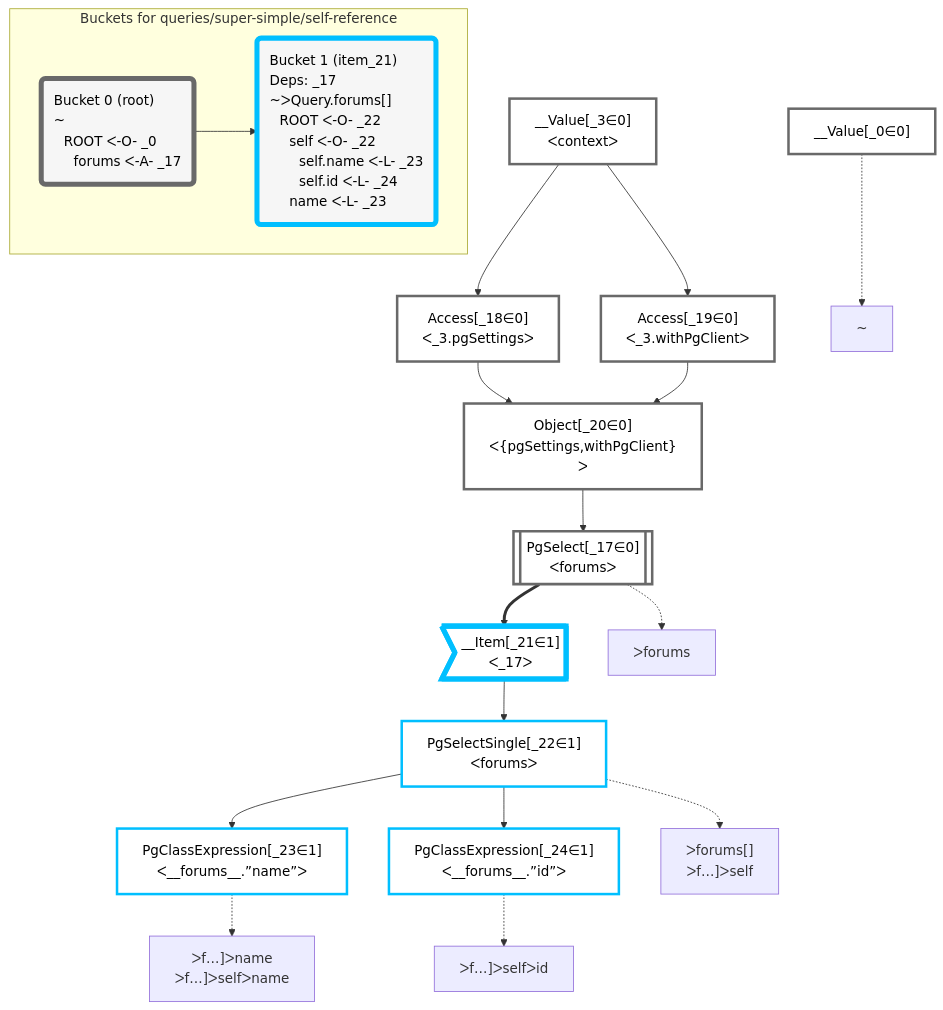
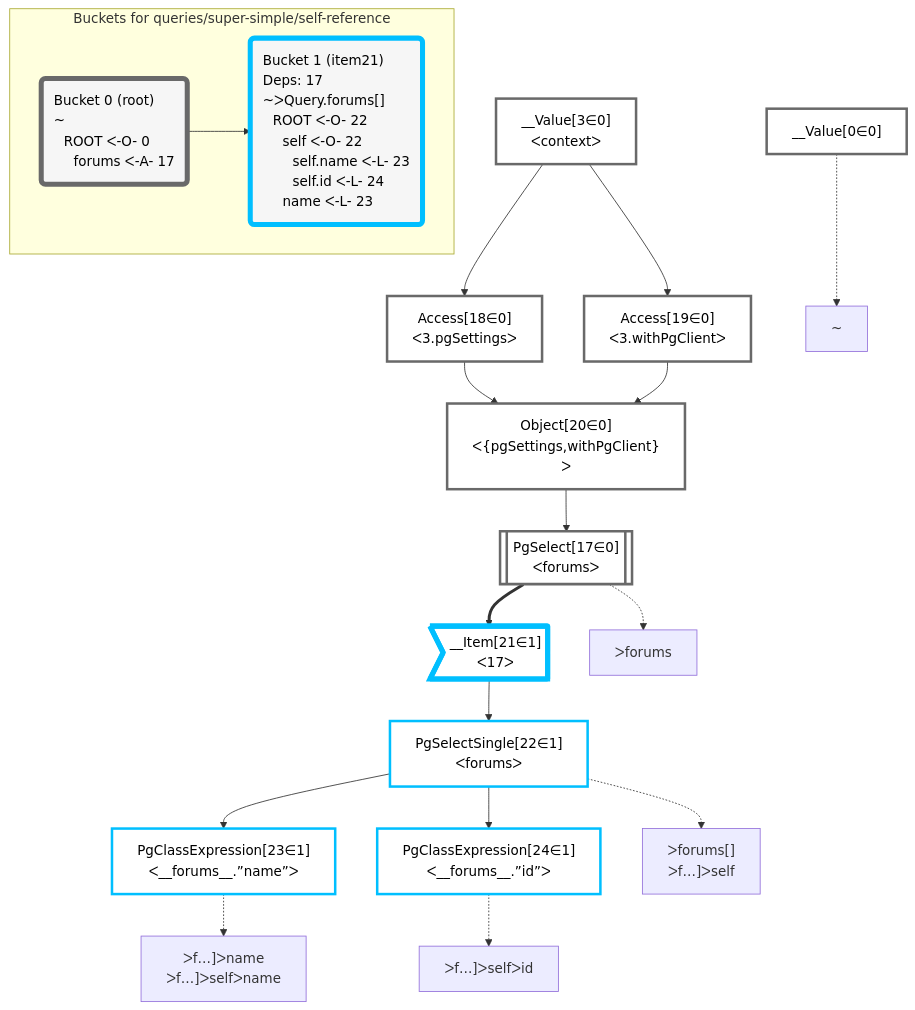
One commit to graphile/crystal changed the diagram in packages/dataplan-pg/__tests__/queries/super-simple/self-reference.deopt.mermaid.md. Above: the diagram before and after it, drawn with Mermaid. The commit also changed 195 other files, not shown here.

````diff
--- a/packages/dataplan-pg/__tests__/queries/super-simple/self-reference.deopt.mermaid.md
+++ b/packages/dataplan-pg/__tests__/queries/super-simple/self-reference.deopt.mermaid.md
@@ -1,53 +1,53 @@
 ```mermaid
 graph TD
     classDef path fill:#eee,stroke:#000,color:#000
     classDef plan fill:#fff,stroke-width:3px,color:#000
     classDef itemplan fill:#fff,stroke-width:6px,color:#000
     classDef sideeffectplan fill:#f00,stroke-width:6px,color:#000
     classDef bucket fill:#f6f6f6,color:#000,stroke-width:6px,text-align:left
 
 
     %% define plans
-    __Value_0["__Value[_0∈0]"]:::plan
-    PgClassExpression_23["PgClassExpression[_23∈1]<br />ᐸ__forums__.”name”ᐳ"]:::plan
-    PgClassExpression_24["PgClassExpression[_24∈1]<br />ᐸ__forums__.”id”ᐳ"]:::plan
-    PgSelectSingle_22["PgSelectSingle[_22∈1]<br />ᐸforumsᐳ"]:::plan
-    __Item_21>"__Item[_21∈1]<br />ᐸ_17ᐳ"]:::itemplan
-    PgSelect_17[["PgSelect[_17∈0]<br />ᐸforumsᐳ"]]:::plan
-    Object_20["Object[_20∈0]<br />ᐸ{pgSettings,withPgClient}ᐳ"]:::plan
-    Access_18["Access[_18∈0]<br />ᐸ_3.pgSettingsᐳ"]:::plan
-    Access_19["Access[_19∈0]<br />ᐸ_3.withPgClientᐳ"]:::plan
-    __Value_3["__Value[_3∈0]<br />ᐸcontextᐳ"]:::plan
+    __Value0["__Value[0∈0]"]:::plan
+    PgClassExpression23["PgClassExpression[23∈1]<br />ᐸ__forums__.”name”ᐳ"]:::plan
+    PgClassExpression24["PgClassExpression[24∈1]<br />ᐸ__forums__.”id”ᐳ"]:::plan
+    PgSelectSingle22["PgSelectSingle[22∈1]<br />ᐸforumsᐳ"]:::plan
+    __Item21>"__Item[21∈1]<br />ᐸ17ᐳ"]:::itemplan
+    PgSelect17[["PgSelect[17∈0]<br />ᐸforumsᐳ"]]:::plan
+    Object20["Object[20∈0]<br />ᐸ{pgSettings,withPgClient}ᐳ"]:::plan
+    Access18["Access[18∈0]<br />ᐸ3.pgSettingsᐳ"]:::plan
+    Access19["Access[19∈0]<br />ᐸ3.withPgClientᐳ"]:::plan
+    __Value3["__Value[3∈0]<br />ᐸcontextᐳ"]:::plan
 
     %% plan dependencies
-    PgSelectSingle_22 --> PgClassExpression_23
-    PgSelectSingle_22 --> PgClassExpression_24
-    __Item_21 --> PgSelectSingle_22
-    PgSelect_17 ==> __Item_21
-    Object_20 --> PgSelect_17
-    Access_18 & Access_19 --> Object_20
-    __Value_3 --> Access_18
-    __Value_3 --> Access_19
+    PgSelectSingle22 --> PgClassExpression23
+    PgSelectSingle22 --> PgClassExpression24
+    __Item21 --> PgSelectSingle22
+    PgSelect17 ==> __Item21
+    Object20 --> PgSelect17
+    Access18 & Access19 --> Object20
+    __Value3 --> Access18
+    __Value3 --> Access19
 
     %% plan-to-path relationships
-    P_0["~"]
-    __Value_0 -.-> P_0
-    P_17["ᐳforums"]
-    PgSelect_17 -.-> P_17
-    P_22["ᐳforums[]<br />ᐳf…]ᐳself"]
-    PgSelectSingle_22 -.-> P_22
-    P_23["ᐳf…]ᐳname<br />ᐳf…]ᐳselfᐳname"]
-    PgClassExpression_23 -.-> P_23
-    P_24["ᐳf…]ᐳselfᐳid"]
-    PgClassExpression_24 -.-> P_24
+    P0["~"]
+    __Value0 -.-> P0
+    P17["ᐳforums"]
+    PgSelect17 -.-> P17
+    P22["ᐳforums[]<br />ᐳf…]ᐳself"]
+    PgSelectSingle22 -.-> P22
+    P23["ᐳf…]ᐳname<br />ᐳf…]ᐳselfᐳname"]
+    PgClassExpression23 -.-> P23
+    P24["ᐳf…]ᐳselfᐳid"]
+    PgClassExpression24 -.-> P24
 
     subgraph "Buckets for queries/super-simple/self-reference"
-    Bucket0("Bucket 0 (root)<br />~<br />⠀ROOT ᐸ-O- _0<br />⠀⠀forums ᐸ-A- _17"):::bucket
+    Bucket0("Bucket 0 (root)<br />~<br />⠀ROOT ᐸ-O- 0<br />⠀⠀forums ᐸ-A- 17"):::bucket
     classDef bucket0 stroke:#696969
-    class Bucket0,__Value_0,__Value_3,PgSelect_17,Access_18,Access_19,Object_20 bucket0
-    Bucket1("Bucket 1 (item_21)<br />Deps: _17<br />~ᐳQuery.forums[]<br />⠀ROOT ᐸ-O- _22<br />⠀⠀self ᐸ-O- _22<br />⠀⠀⠀self.name ᐸ-L- _23<br />⠀⠀⠀self.id ᐸ-L- _24<br />⠀⠀name ᐸ-L- _23"):::bucket
+    class Bucket0,__Value0,__Value3,PgSelect17,Access18,Access19,Object20 bucket0
+    Bucket1("Bucket 1 (item21)<br />Deps: 17<br />~ᐳQuery.forums[]<br />⠀ROOT ᐸ-O- 22<br />⠀⠀self ᐸ-O- 22<br />⠀⠀⠀self.name ᐸ-L- 23<br />⠀⠀⠀self.id ᐸ-L- 24<br />⠀⠀name ᐸ-L- 23"):::bucket
     classDef bucket1 stroke:#00bfff
-    class Bucket1,__Item_21,PgSelectSingle_22,PgClassExpression_23,PgClassExpression_24 bucket1
+    class Bucket1,__Item21,PgSelectSingle22,PgClassExpression23,PgClassExpression24 bucket1
     Bucket0 --> Bucket1
     end
 ```
````
